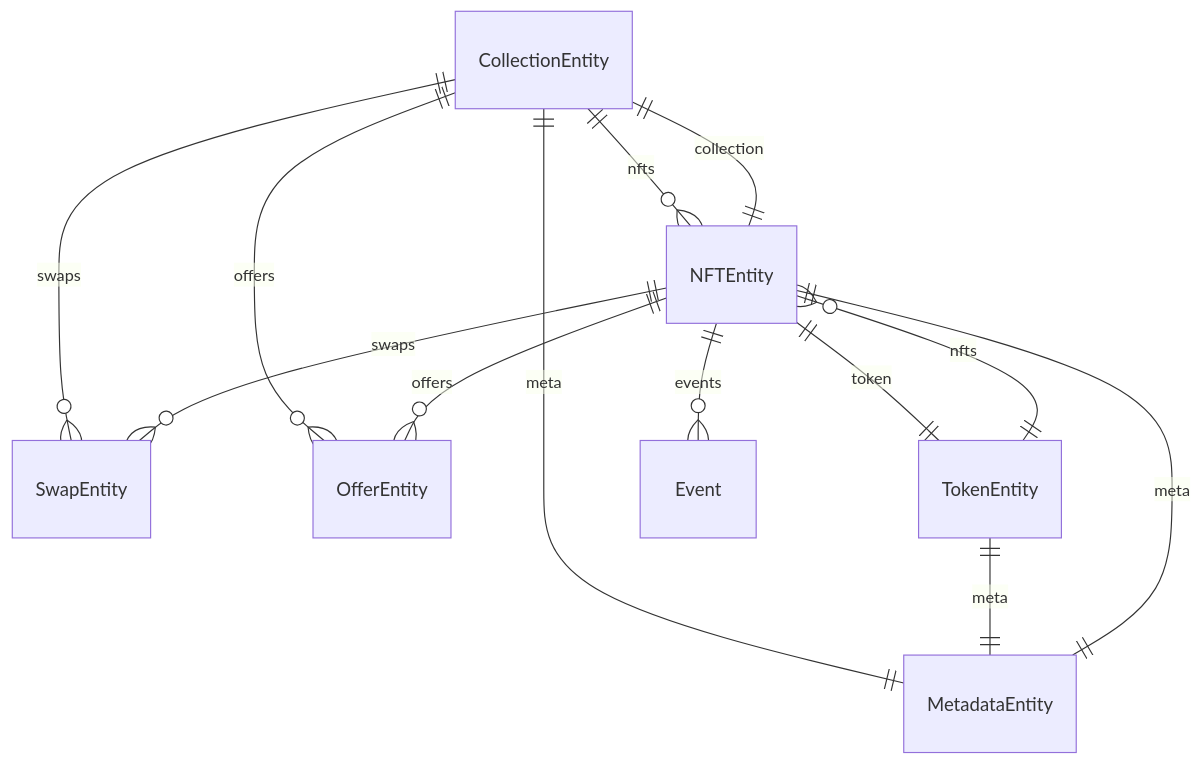
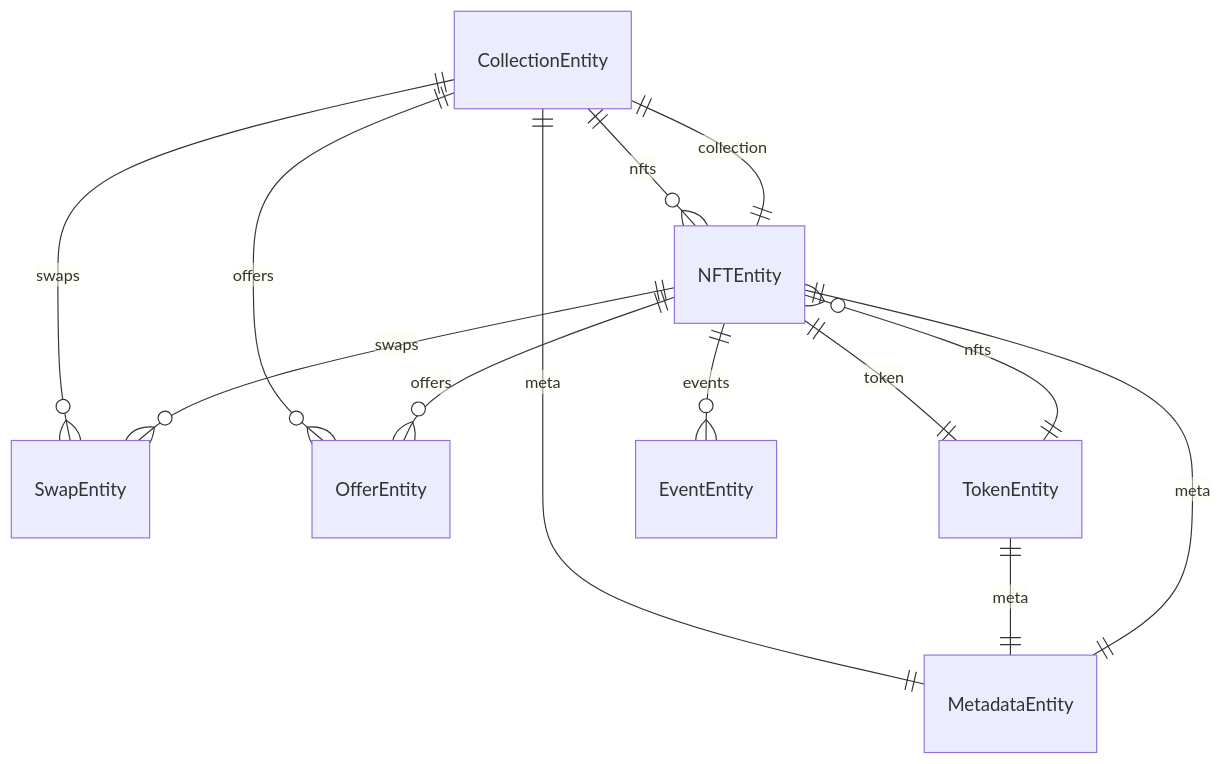
The diagram in applications/kodadot_assethub_nft_m2.md (w3f/Grants-Program), drawn with Mermaid before and after one commit.

Commit message:
:truck: rename Event to EventEntity

````diff
--- a/applications/kodadot_assethub_nft_m2.md
+++ b/applications/kodadot_assethub_nft_m2.md
@@ -54,17 +54,17 @@
 ```mermaid
 erDiagram
     CollectionEntity ||--o{ NFTEntity : "nfts"
     CollectionEntity ||--|| MetadataEntity : "meta"
     CollectionEntity ||--o{ SwapEntity : "swaps"
     CollectionEntity ||--o{ OfferEntity : "offers"
 
     TokenEntity ||--o{ NFTEntity : "nfts"
     TokenEntity ||--|| MetadataEntity : "meta"
 
-    NFTEntity ||--o{ Event : "events"
+    NFTEntity ||--o{ EventEntity : "events"
     NFTEntity ||--|| MetadataEntity : "meta"
     NFTEntity ||--|| TokenEntity : "token"
     NFTEntity ||--|| CollectionEntity : "collection"
     NFTEntity ||--o{ SwapEntity : "swaps"
     NFTEntity ||--o{ OfferEntity : "offers"
 ```
````
